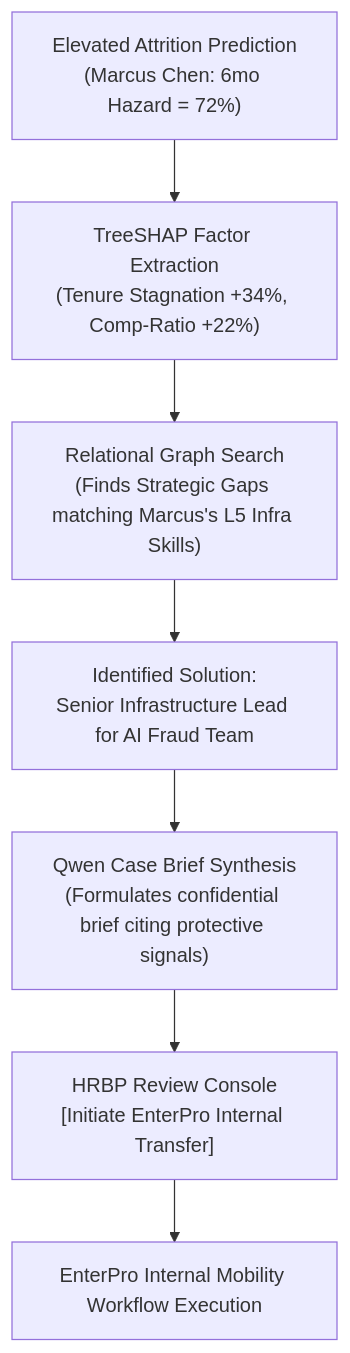
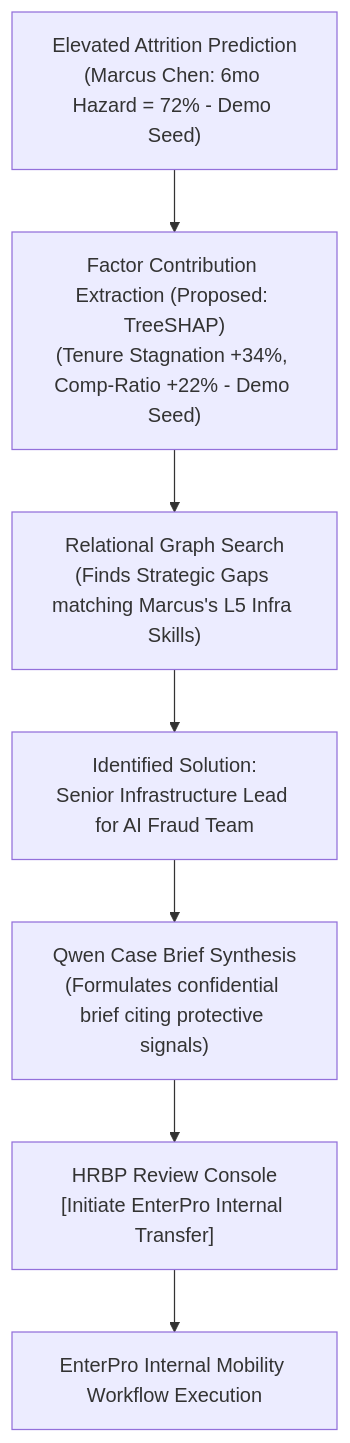
One commit to sharancode3/WorkSense changed the eighth of 10 diagrams in docs/07-AI-ML-Architecture.md. Above: the diagram before and after it, drawn with Mermaid. The commit also changed other lines of this file and 10 other files, not shown here.

````diff
--- a/docs/07-AI-ML-Architecture.md
+++ b/docs/07-AI-ML-Architecture.md
@@ -844,15 +844,15 @@
 ```mermaid
 flowchart TD
     PRED["Elevated Attrition Prediction
-(Marcus Chen: 6mo Hazard = 72%)"] --> SHAP["TreeSHAP Factor Extraction
-(Tenure Stagnation +34%, Comp-Ratio +22%)"]
+(Marcus Chen: 6mo Hazard = 72% - Demo Seed)"] --> SHAP["Factor Contribution Extraction (Proposed: TreeSHAP)
+(Tenure Stagnation +34%, Comp-Ratio +22% - Demo Seed)"]
     SHAP --> GRAPH_SEARCH["Relational Graph Search
 (Finds Strategic Gaps matching Marcus's L5 Infra Skills)"]
     GRAPH_SEARCH --> MATCH["Identified Solution:
 Senior Infrastructure Lead for AI Fraud Team"]
     MATCH --> BRIEF["Qwen Case Brief Synthesis
 (Formulates confidential brief citing protective signals)"]
     BRIEF --> HRBP["HRBP Review Console
 [Initiate EnterPro Internal Transfer]"]
     HRBP --> EP_ACTION["EnterPro Internal Mobility Workflow Execution"]
 ```
````
